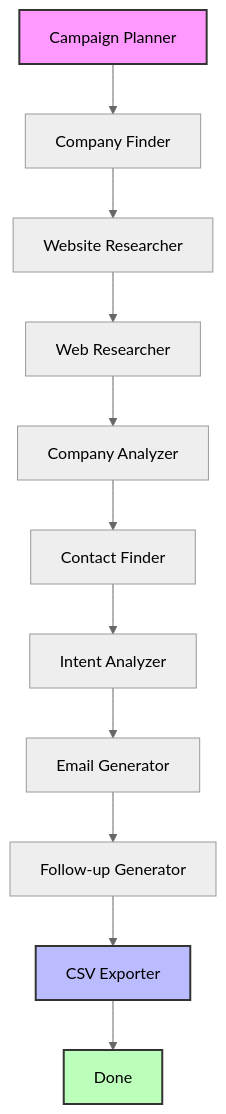
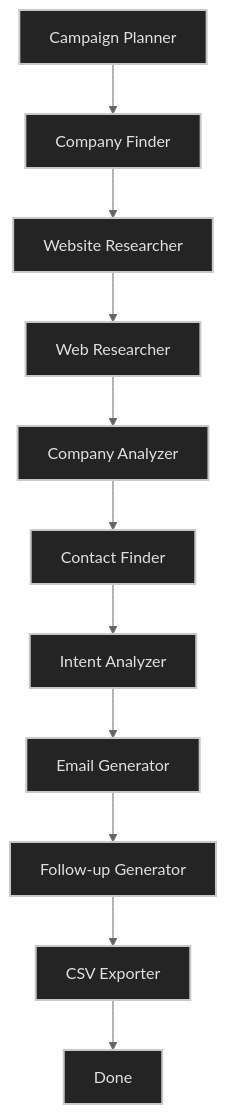
One commit to DevanshDeep-5/Email-Outreach-GTM- changed the diagram in README.md. Above: the diagram before and after it, drawn with Mermaid (neutral theme).

Commit message:
Modify node styles in README.md
Updated styles for nodes in the README diagram.

````diff
--- a/README.md
+++ b/README.md
@@ -11,17 +11,17 @@
 ```mermaid
 graph TD
     CP[Campaign Planner] --> CF[Company Finder]
     CF --> WR[Website Researcher]
     WR --> WebR[Web Researcher]
     WebR --> CA[Company Analyzer]
     CA --> CoF[Contact Finder]
     CoF --> IA[Intent Analyzer]
     IA --> EG[Email Generator]
     EG --> FG[Follow-up Generator]
     FG --> CE[CSV Exporter]
     CE --> END[Done]
 
-    style CP fill:#f9f,stroke:#333,stroke-width:2px
-    style CE fill:#bbf,stroke:#333,stroke-width:2px
-    style END fill:#bfb,stroke:#333,stroke-width:2px
+    classDef node fill:#242424,stroke:#c8c8c8,stroke-width:2px,color:#e0e0e0;
+
+    class CP,CF,WR,WebR,CA,CoF,IA,EG,FG,CE,END node;
 ```
````
